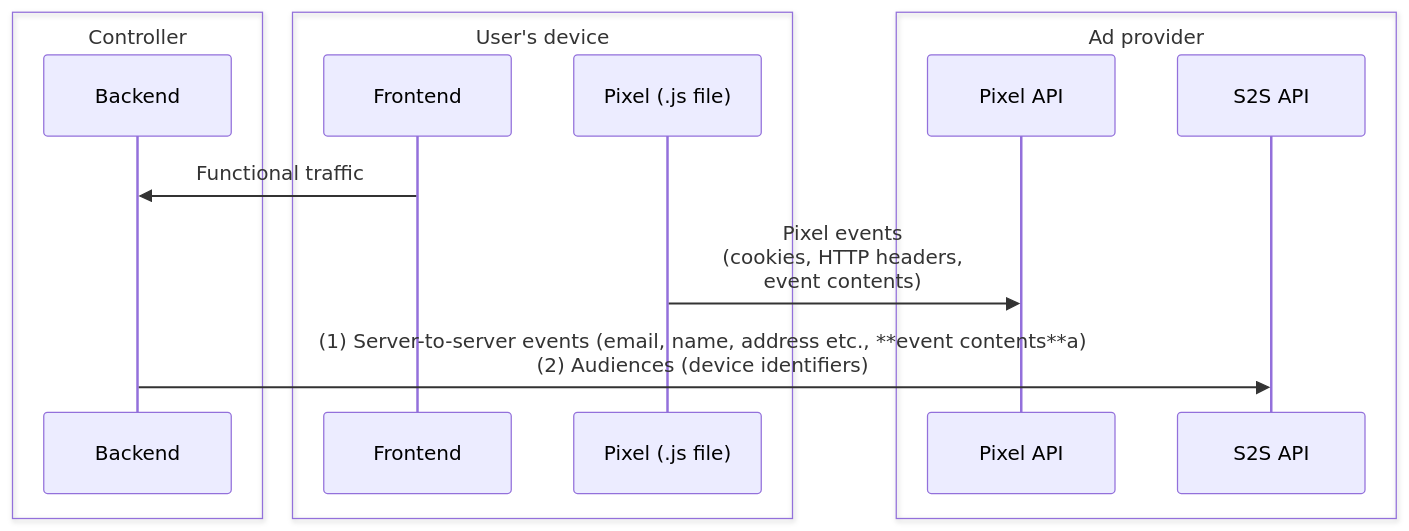
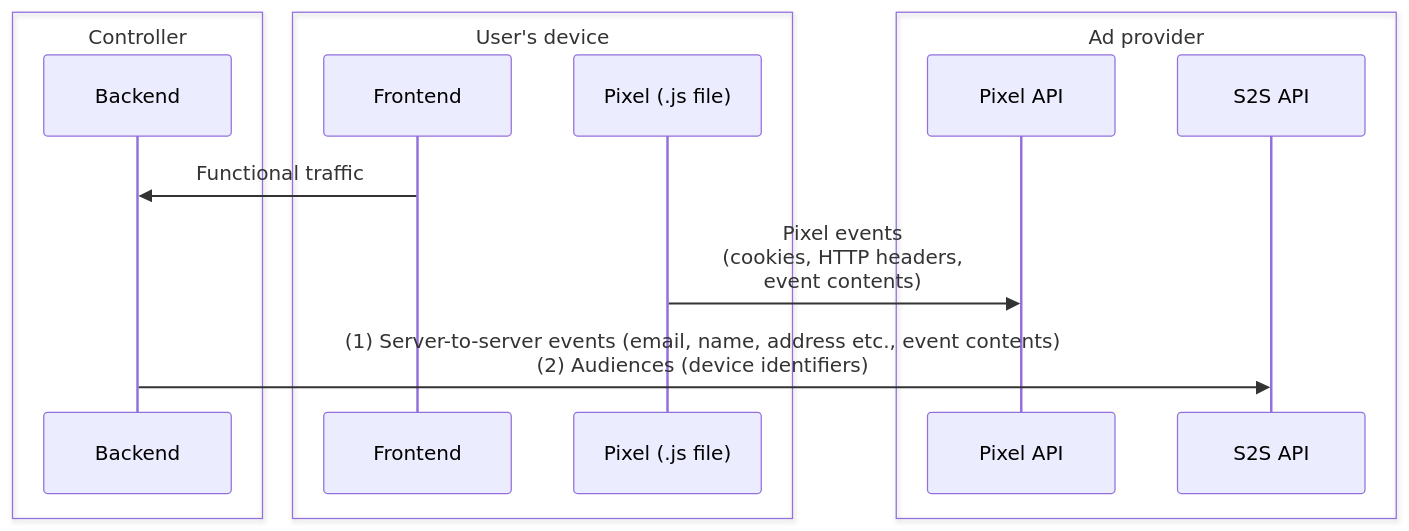
Before and after one commit to olblinov/privacy-engineering-toolkit: the diagram in discovery/example_marketing.md, drawn with Mermaid.

````diff
--- a/discovery/example_marketing.md
+++ b/discovery/example_marketing.md
@@ -1,24 +1,24 @@
 ```mermaid
 sequenceDiagram
     box Controller
     participant B as Backend
     end
 
     box User's device
     participant F as Frontend
     participant P as Pixel (.js file)
     end
 
     
     
     box Ad provider
     participant PA as Pixel API
     participant SA as S2S API
     end
 
     F->>B: Functional traffic
     P->>PA: Pixel events<br/>(cookies, HTTP headers,<br/>event contents)
-    B->>SA: (1) Server-to-server events (email, name, address etc., **event contents**a)<br>(2) Audiences (device identifiers)
+    B->>SA: (1) Server-to-server events (email, name, address etc., event contents)<br>(2) Audiences (device identifiers)
 
     
 ```
````
